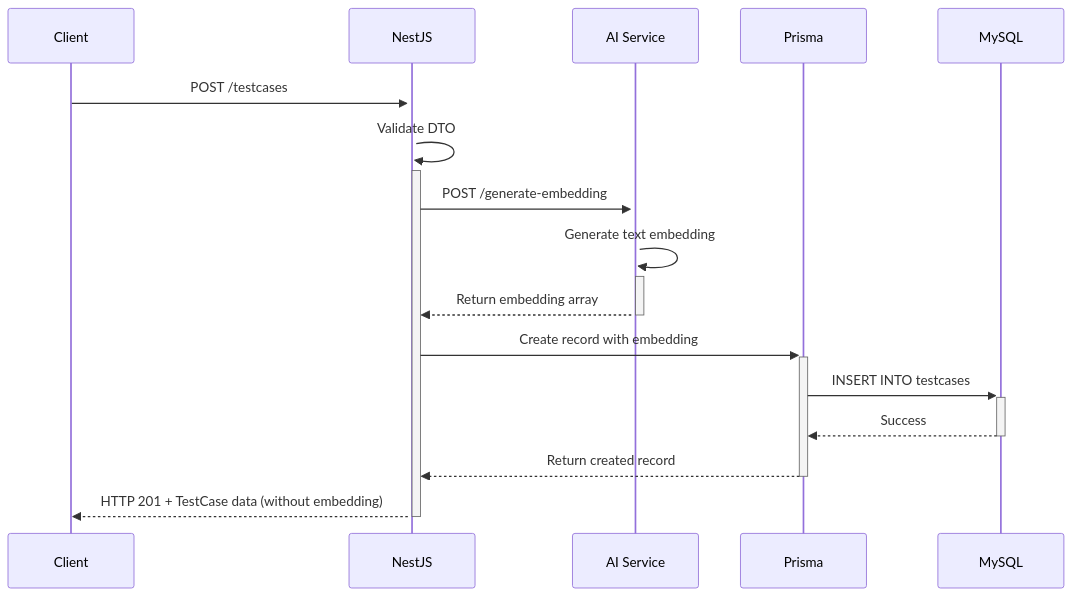
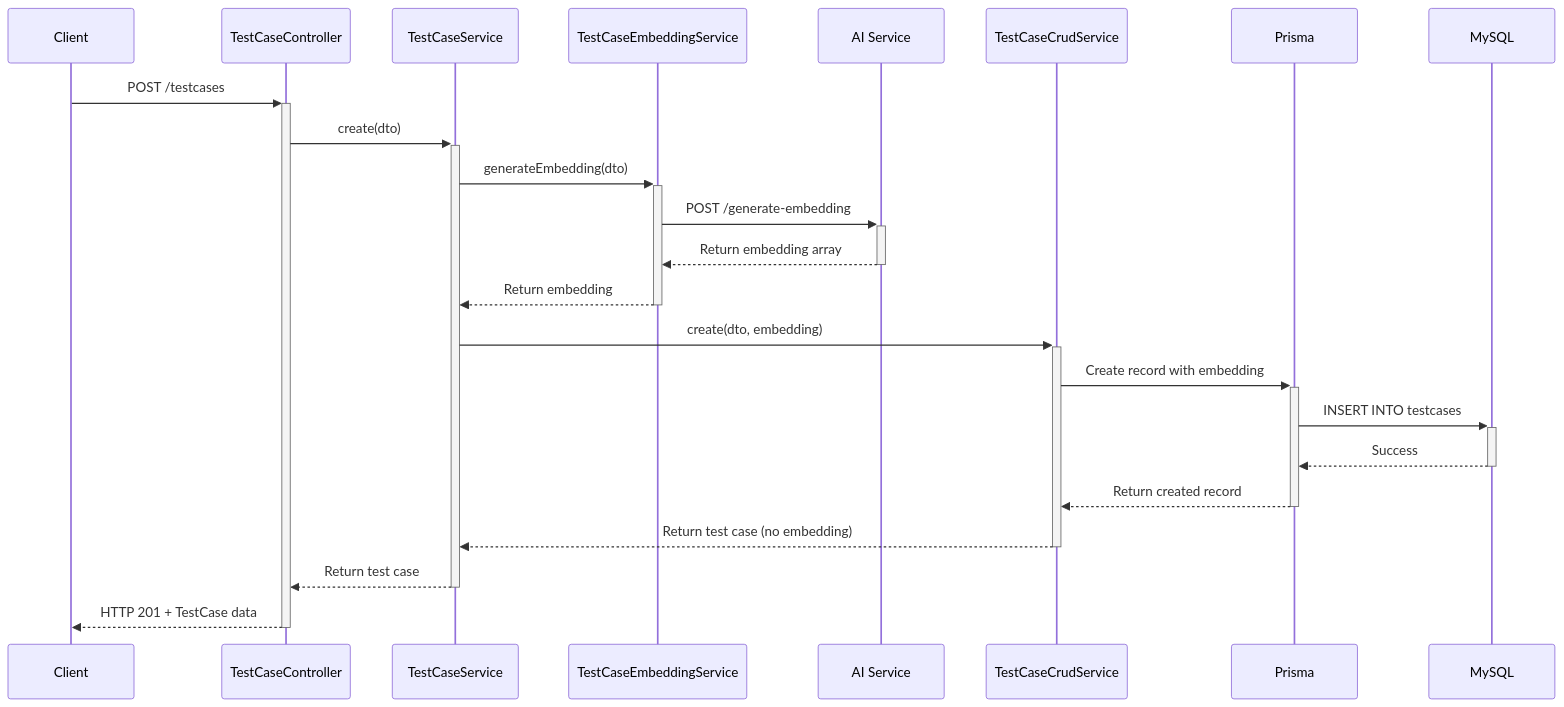
One commit to atiohaidar/test-case-management changed the first of 4 diagrams in docs/Tech.md. Above: the diagram before and after it, drawn with Mermaid. The commit also changed other lines of this file and 7 other files, not shown here.

Commit message:
feat: Refactor TestCase module and services to improve structure and add AI functionalities

````diff
--- a/docs/Tech.md
+++ b/docs/Tech.md
@@ -211,13 +267,17 @@
 ```mermaid
 sequenceDiagram
-    Client->>+NestJS: POST /testcases
-    NestJS->>+NestJS: Validate DTO
-    NestJS->>+AI Service: POST /generate-embedding
-    AI Service->>+AI Service: Generate text embedding
-    AI Service-->>-NestJS: Return embedding array
-    NestJS->>+Prisma: Create record with embedding
+    Client->>+TestCaseController: POST /testcases
+    TestCaseController->>+TestCaseService: create(dto)
+    TestCaseService->>+TestCaseEmbeddingService: generateEmbedding(dto)
+    TestCaseEmbeddingService->>+AI Service: POST /generate-embedding
+    AI Service-->>-TestCaseEmbeddingService: Return embedding array
+    TestCaseEmbeddingService-->>-TestCaseService: Return embedding
+    TestCaseService->>+TestCaseCrudService: create(dto, embedding)
+    TestCaseCrudService->>+Prisma: Create record with embedding
     Prisma->>+MySQL: INSERT INTO testcases
     MySQL-->>-Prisma: Success
-    Prisma-->>-NestJS: Return created record
-    NestJS-->>-Client: HTTP 201 + TestCase data (without embedding)
+    Prisma-->>-TestCaseCrudService: Return created record
+    TestCaseCrudService-->>-TestCaseService: Return test case (no embedding)
+    TestCaseService-->>-TestCaseController: Return test case
+    TestCaseController-->>-Client: HTTP 201 + TestCase data
 ```
````
